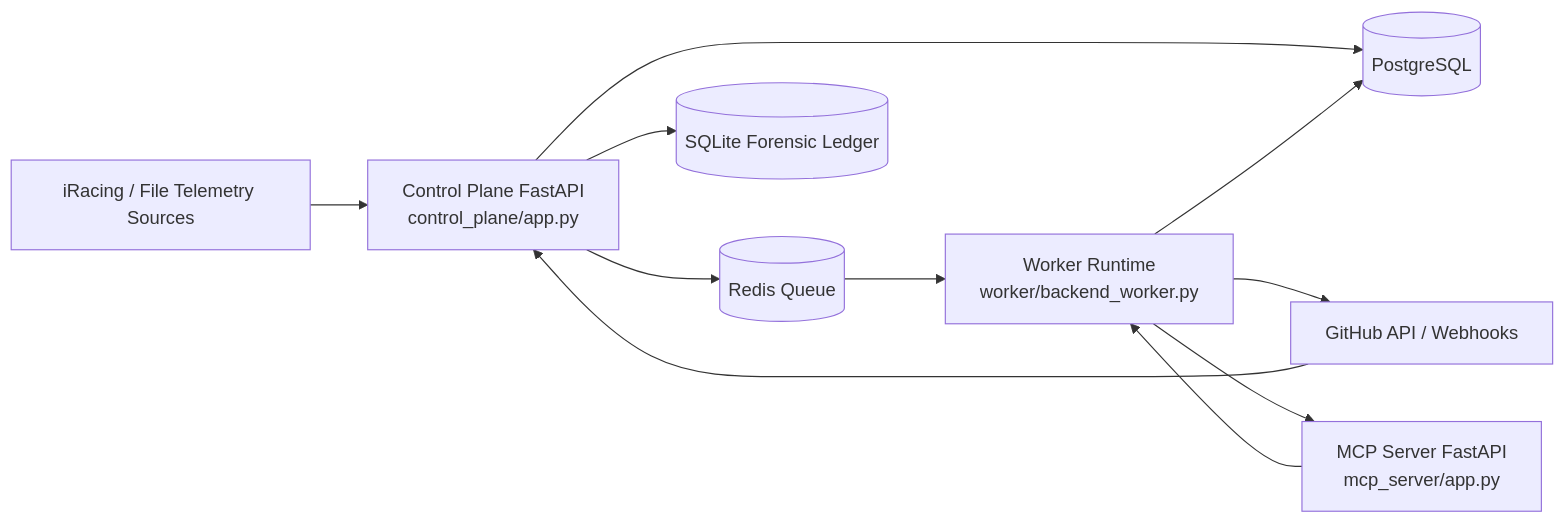
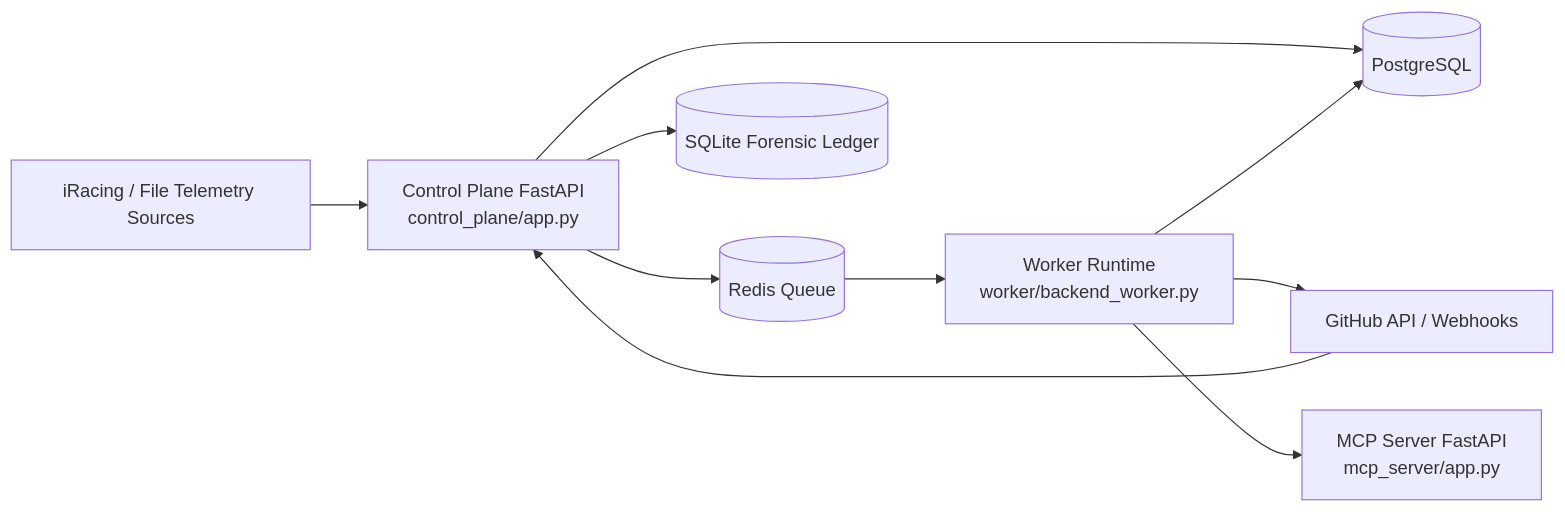
One commit to adaptco/motorsport-engineering-agent changed the diagram in docs/system_architecture.md. Above: the diagram before and after it, drawn with Mermaid.

````diff
--- a/docs/system_architecture.md
+++ b/docs/system_architecture.md
@@ -8,22 +8,21 @@
 ```mermaid
 flowchart LR
     iracing[iRacing / File Telemetry Sources]
     cp[Control Plane FastAPI<br/>control_plane/app.py]
     worker[Worker Runtime<br/>worker/backend_worker.py]
     mcp[MCP Server FastAPI<br/>mcp_server/app.py]
     gh[GitHub API / Webhooks]
     pg[(PostgreSQL)]
     redis[(Redis Queue)]
     ledger[(SQLite Forensic Ledger)]
 
     iracing --> cp
     cp --> pg
     cp --> redis
     cp --> ledger
     redis --> worker
     worker --> pg
     worker --> gh
     worker --> mcp
-    mcp --> worker
     gh --> cp
 ```
````
